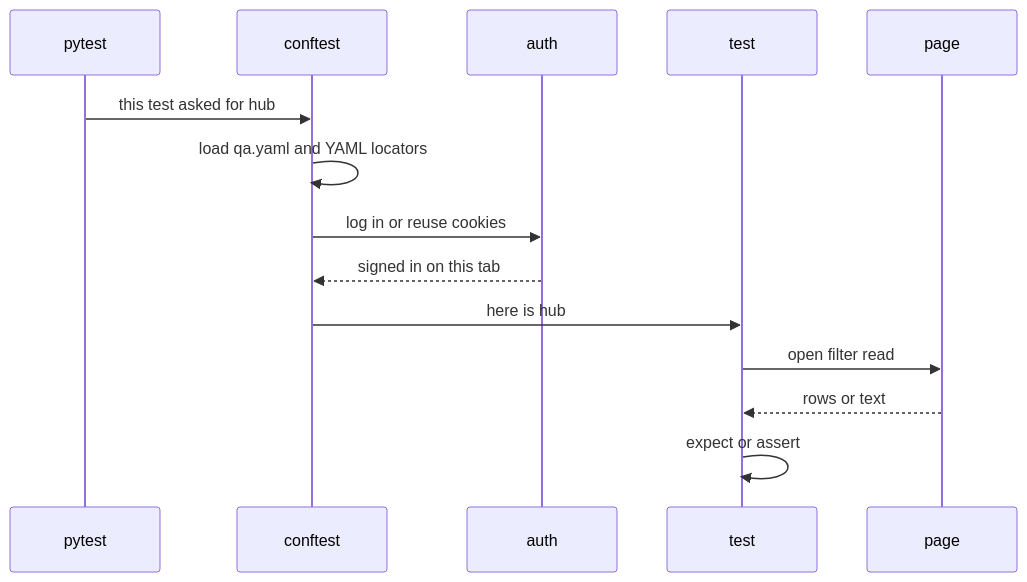
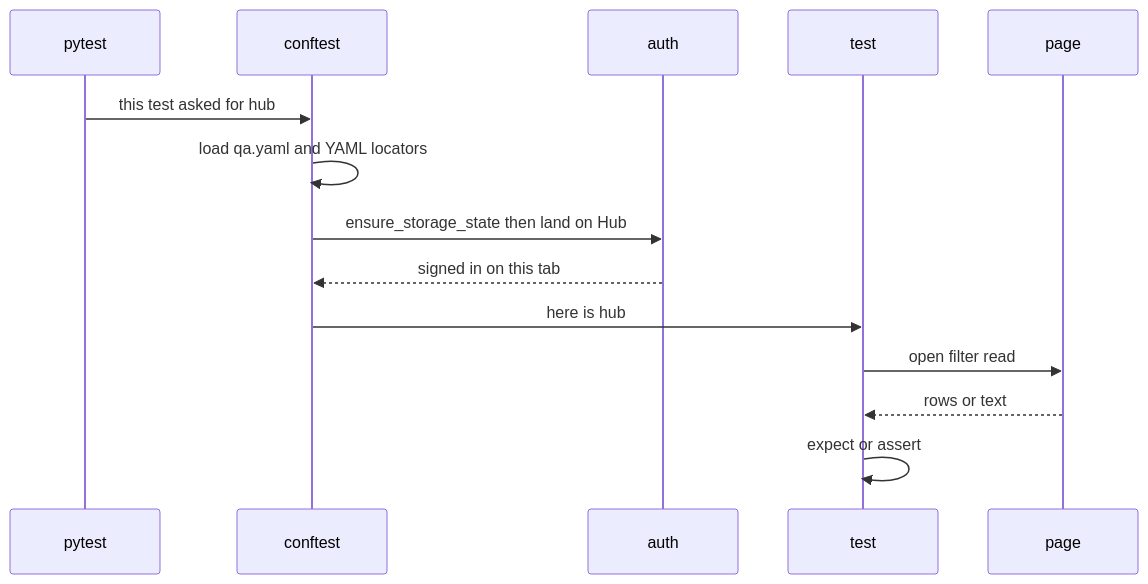
Before and after one commit to CBIIT/crdc-dh-automation-pw: the second of 3 diagrams in docs/onboarding.md, drawn with Mermaid. The commit also changed other lines of this file and 9 other files, not shown here.

First line of the commit message:
Reuse saved Hub sessions under a per-role lock so live tests skip OTP.

````diff
--- a/docs/onboarding.md
+++ b/docs/onboarding.md
@@ -126,16 +126,16 @@
 ```mermaid
 sequenceDiagram
   participant P as pytest
   participant C as conftest
   participant A as auth
   participant T as test
   participant PG as page
   P->>C: this test asked for hub
   C->>C: load qa.yaml and YAML locators
-  C->>A: log in or reuse cookies
+  C->>A: ensure_storage_state then land on Hub
   A-->>C: signed in on this tab
   C->>T: here is hub
   T->>PG: open filter read
   PG-->>T: rows or text
   T->>T: expect or assert
 ```
````
